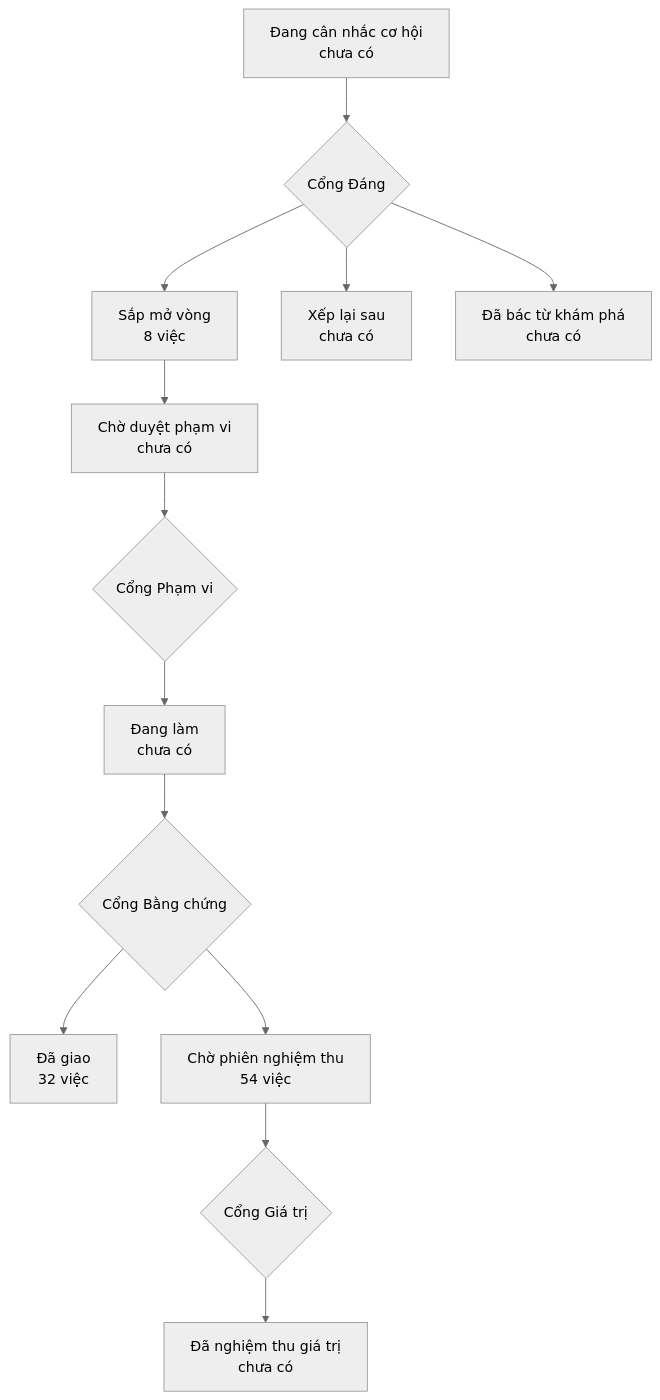
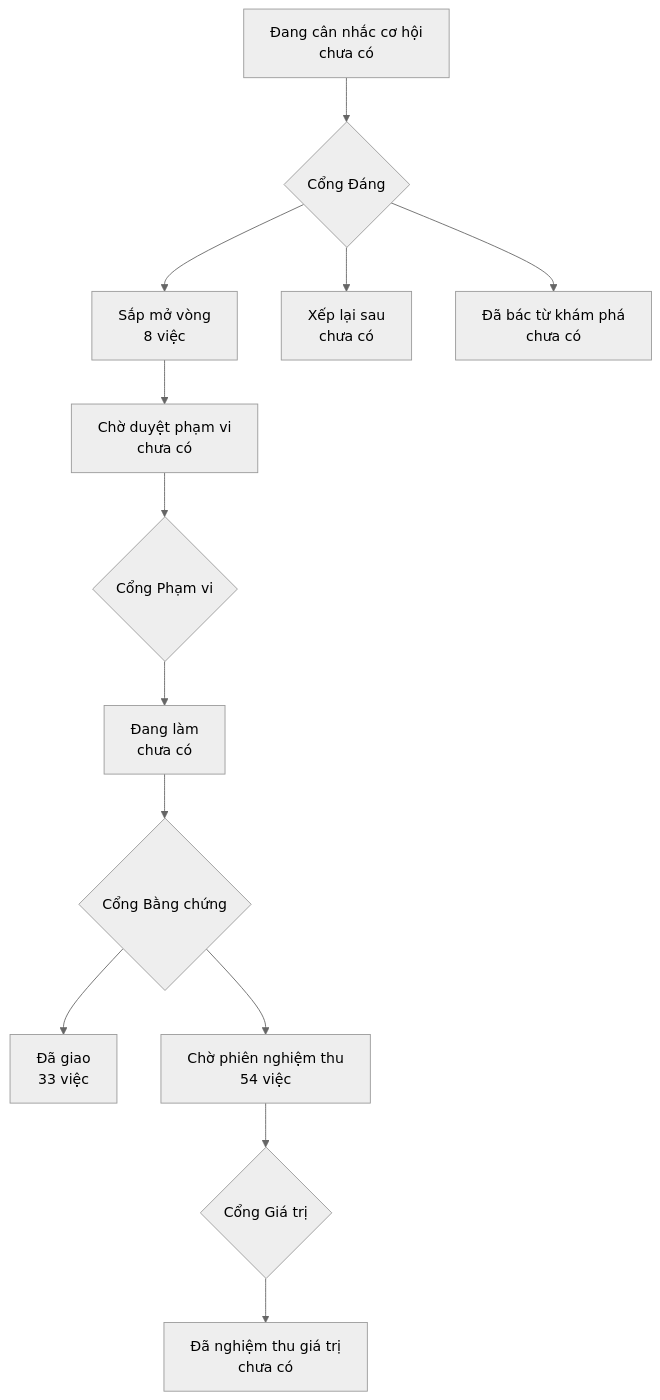
The diagram in PRODUCT-MAP.md (phanlemanh/onehub-inventory), drawn with Mermaid (neutral theme) before and after one commit. The commit also changed other lines of this file and 1 other file, not shown here.

Commit message:
chore: redraw the product map and roadmap after merging main

````diff
--- a/PRODUCT-MAP.md
+++ b/PRODUCT-MAP.md
@@ -7,12 +7,12 @@
 ```mermaid
 flowchart TD
   A["Đang cân nhắc cơ hội<br/>chưa có"] --> GD{"Cổng Đáng"}
   GD --> B["Sắp mở vòng<br/>8 việc"]
   GD --> XL["Xếp lại sau<br/>chưa có"]
   GD --> DB["Đã bác từ khám phá<br/>chưa có"]
   B --> CD["Chờ duyệt phạm vi<br/>chưa có"] --> GP{"Cổng Phạm vi"}
   GP --> DL["Đang làm<br/>chưa có"] --> GB{"Cổng Bằng chứng"}
-  GB --> DG["Đã giao<br/>32 việc"]
+  GB --> DG["Đã giao<br/>33 việc"]
   GB --> CN["Chờ phiên nghiệm thu<br/>54 việc"] --> GG{"Cổng Giá trị"}
   GG --> NT["Đã nghiệm thu giá trị<br/>chưa có"]
 ```
````
